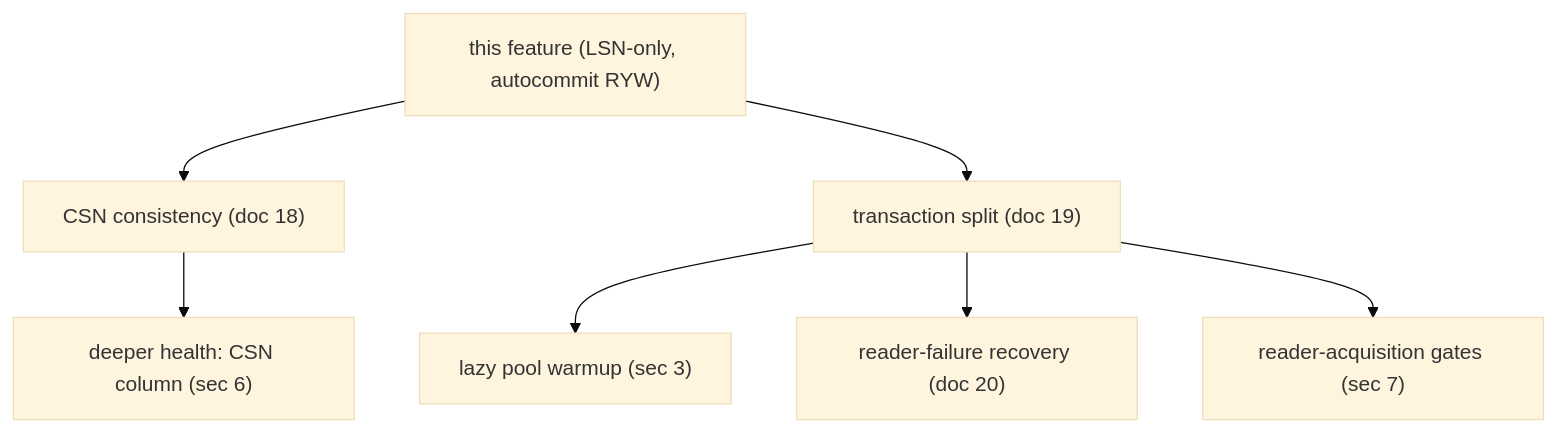
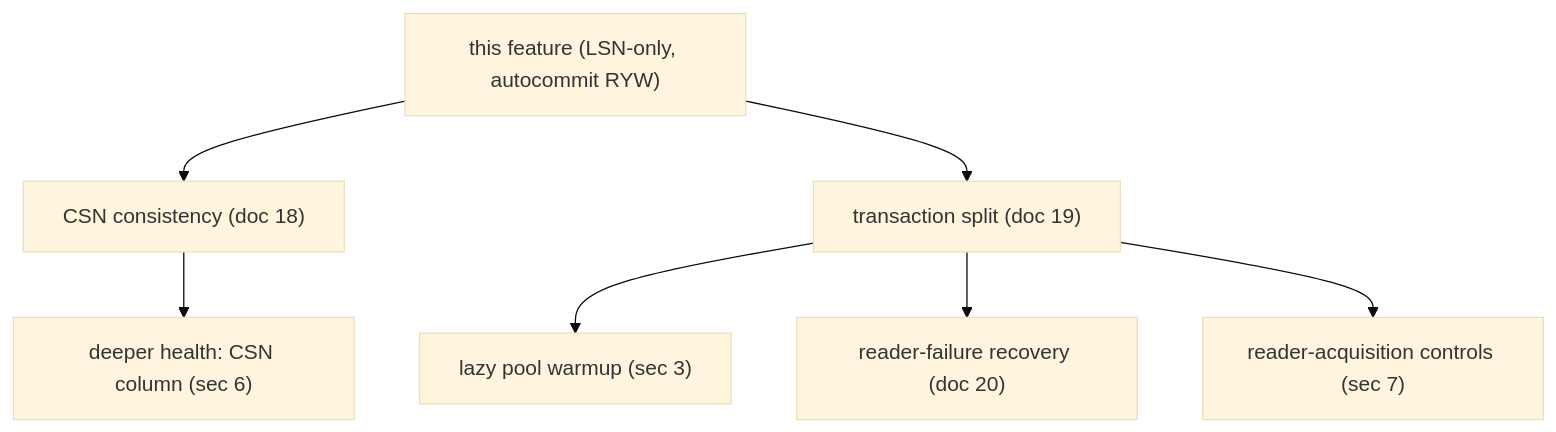
The second of 4 diagrams in doc/polardb-arch/21-FUTURE-OTHER-CAPABILITIES.md (awide-labs/polar-proxy), drawn with Mermaid (base theme) before and after one commit. The commit also changed other lines of this file and 21 other files, not shown here.

````diff
--- a/doc/polardb-arch/21-FUTURE-OTHER-CAPABILITIES.md
+++ b/doc/polardb-arch/21-FUTURE-OTHER-CAPABILITIES.md
@@ -460,17 +463,17 @@
 ```mermaid
 flowchart TD
     V1["this feature (LSN-only, autocommit RYW)"]
     CSN["CSN consistency (doc 18)"]
     SPLIT["transaction split (doc 19)"]
     HCCSN["deeper health: CSN column (sec 6)"]
     WARM["lazy pool warmup (sec 3)"]
     FAIL["reader-failure recovery (doc 20)"]
-    GATES["reader-acquisition gates (sec 7)"]
+    controls["reader-acquisition controls (sec 7)"]
 
     V1 --> CSN
     V1 --> SPLIT
     CSN --> HCCSN
     SPLIT --> WARM
     SPLIT --> FAIL
-    SPLIT --> GATES
+    SPLIT --> controls
 ```
````
